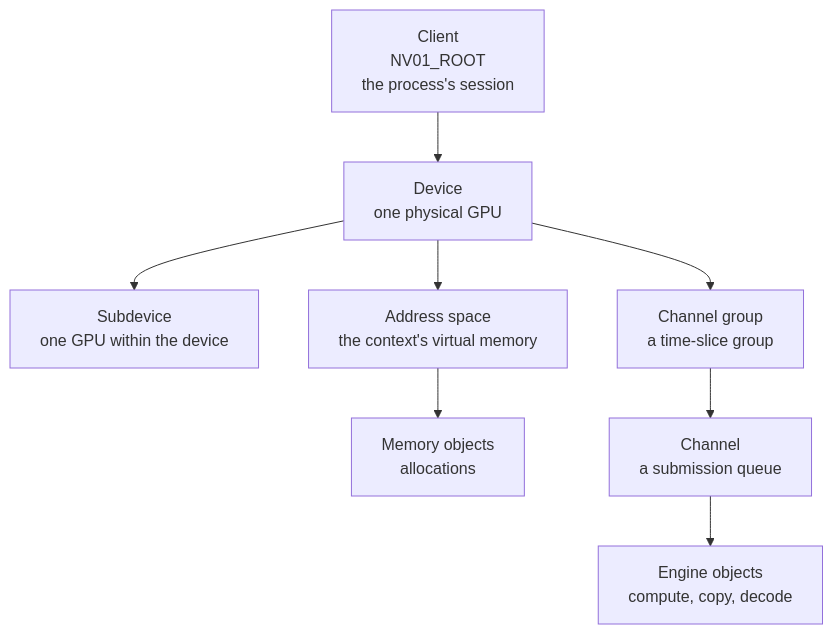
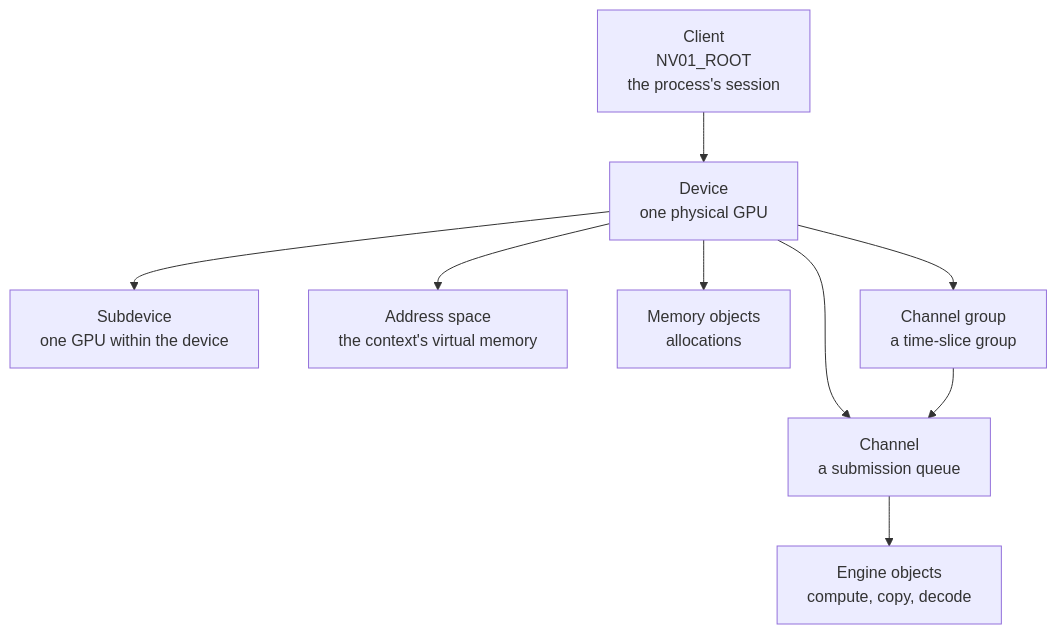
Before and after one commit to Indspl0it/gspwn: the diagram in docs/src/content/docs/knowledgebase/rm-object-model.mdx, drawn with Mermaid. The commit also changed other lines of this file and 19 other files, not shown here.

````diff
--- a/docs/src/content/docs/knowledgebase/rm-object-model.mdx
+++ b/docs/src/content/docs/knowledgebase/rm-object-model.mdx
@@ -12,19 +12,20 @@
 ```mermaid
 flowchart TB
   ROOT["Client<br/>NV01_ROOT<br/>the process's session"]
   DEV["Device<br/>one physical GPU"]
   SUB["Subdevice<br/>one GPU within the device"]
   VASPACE["Address space<br/>the context's virtual memory"]
   MEM["Memory objects<br/>allocations"]
   CGRP["Channel group<br/>a time-slice group"]
   CHAN["Channel<br/>a submission queue"]
   ENG["Engine objects<br/>compute, copy, decode"]
 
   ROOT --> DEV
   DEV --> SUB
   DEV --> VASPACE
-  VASPACE --> MEM
+  DEV --> MEM
   DEV --> CGRP
+  DEV --> CHAN
   CGRP --> CHAN
   CHAN --> ENG
 ```
````
